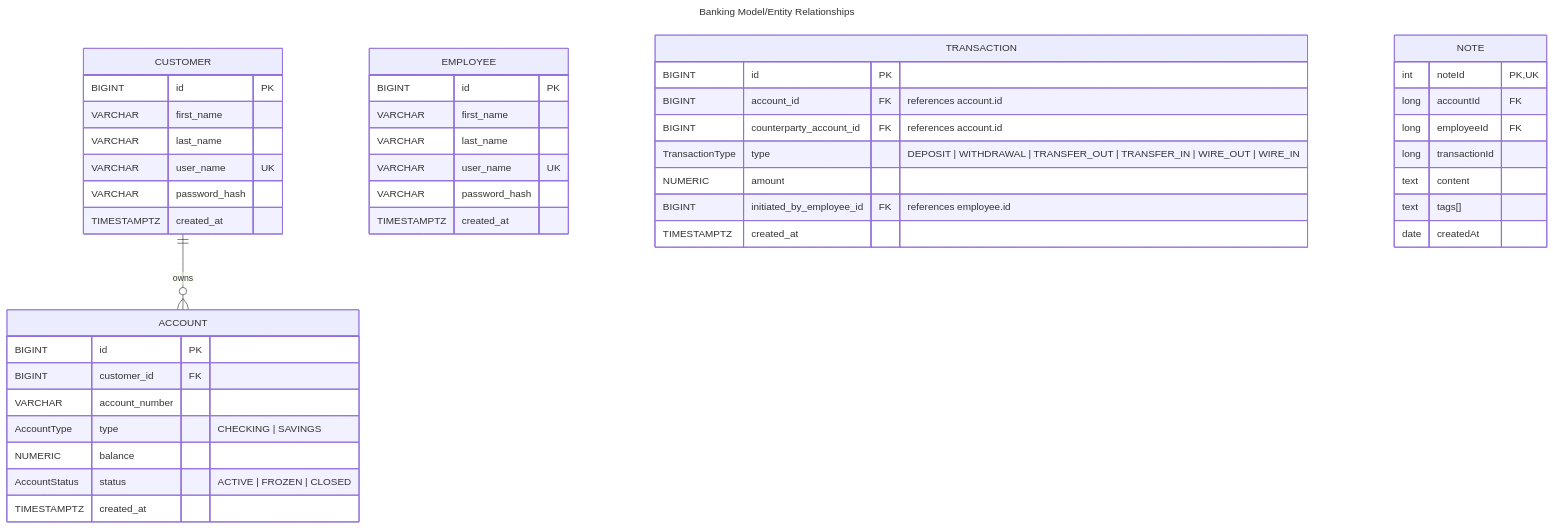
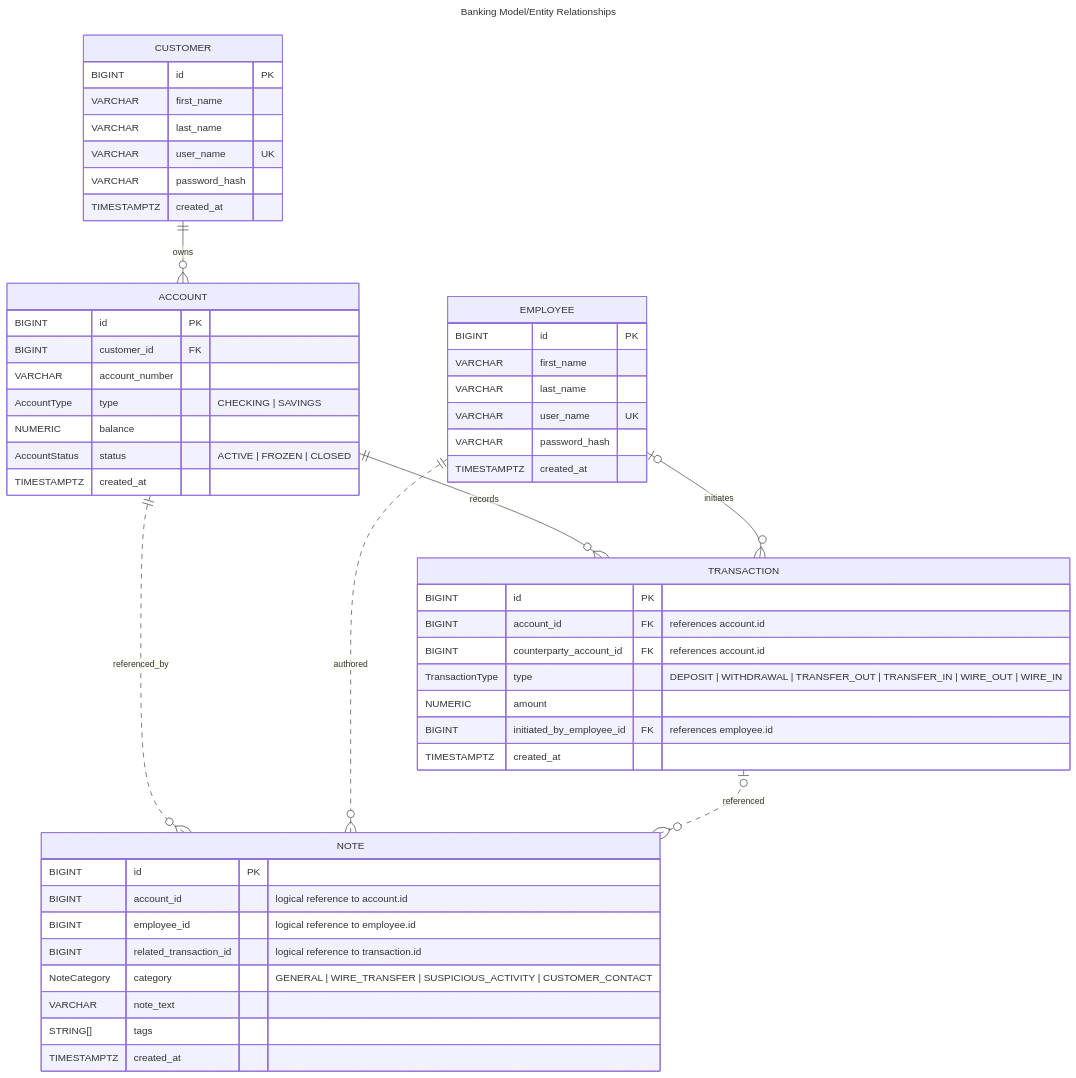
Before and after one commit to schectma/P1BankingApp: the diagram in ERD.md, drawn with Mermaid. The commit also changed other lines of this file, not shown here.

Commit message:
note entity heavily modified; data type conformance to schema; referential relationships clarified (dashed lines)

````diff
--- a/ERD.md
+++ b/ERD.md
@@ -1,51 +1,57 @@
 ```mermaid
 ---
 title: Banking Model/Entity Relationships
 ---
 erDiagram
     CUSTOMER ||--o{ ACCOUNT : owns
+    ACCOUNT ||--o{ TRANSACTION : records
+    EMPLOYEE o|--o{ TRANSACTION : initiates
+    ACCOUNT ||..o{ NOTE : referenced_by
+    EMPLOYEE ||..o{ NOTE : authored
+    TRANSACTION o|..o{ NOTE : referenced
 
     CUSTOMER{
         BIGINT id PK
         VARCHAR first_name
         VARCHAR last_name
         VARCHAR user_name UK
         VARCHAR password_hash 
         TIMESTAMPTZ created_at
     }
     ACCOUNT{
         BIGINT id PK
         BIGINT customer_id FK
         VARCHAR account_number
         AccountType type "CHECKING | SAVINGS"
         NUMERIC balance
         AccountStatus status "ACTIVE | FROZEN | CLOSED"
         TIMESTAMPTZ created_at
     }
     EMPLOYEE{
         BIGINT id PK
         VARCHAR first_name
         VARCHAR last_name
         VARCHAR user_name UK
         VARCHAR password_hash
         TIMESTAMPTZ created_at
     }
     TRANSACTION{
         BIGINT id PK
         BIGINT account_id FK "references account.id"
         BIGINT counterparty_account_id FK "references account.id"
         TransactionType type "DEPOSIT | WITHDRAWAL | TRANSFER_OUT | TRANSFER_IN | WIRE_OUT | WIRE_IN"
         NUMERIC amount
         BIGINT initiated_by_employee_id FK "references employee.id"
         TIMESTAMPTZ created_at
     }
     NOTE{
-        int noteId PK,UK
-        long accountId FK
-        long employeeId FK
-        long transactionId
-        text content
-        text tags[]
-        date createdAt
+        BIGINT id PK
+        BIGINT account_id "logical reference to account.id"
+        BIGINT employee_id "logical reference to employee.id"
+        BIGINT related_transaction_id "logical reference to transaction.id"
+        NoteCategory category "GENERAL | WIRE_TRANSFER | SUSPICIOUS_ACTIVITY | CUSTOMER_CONTACT"
+        VARCHAR note_text
+        STRING[] tags
+        TIMESTAMPTZ created_at
     }
 ```
````
